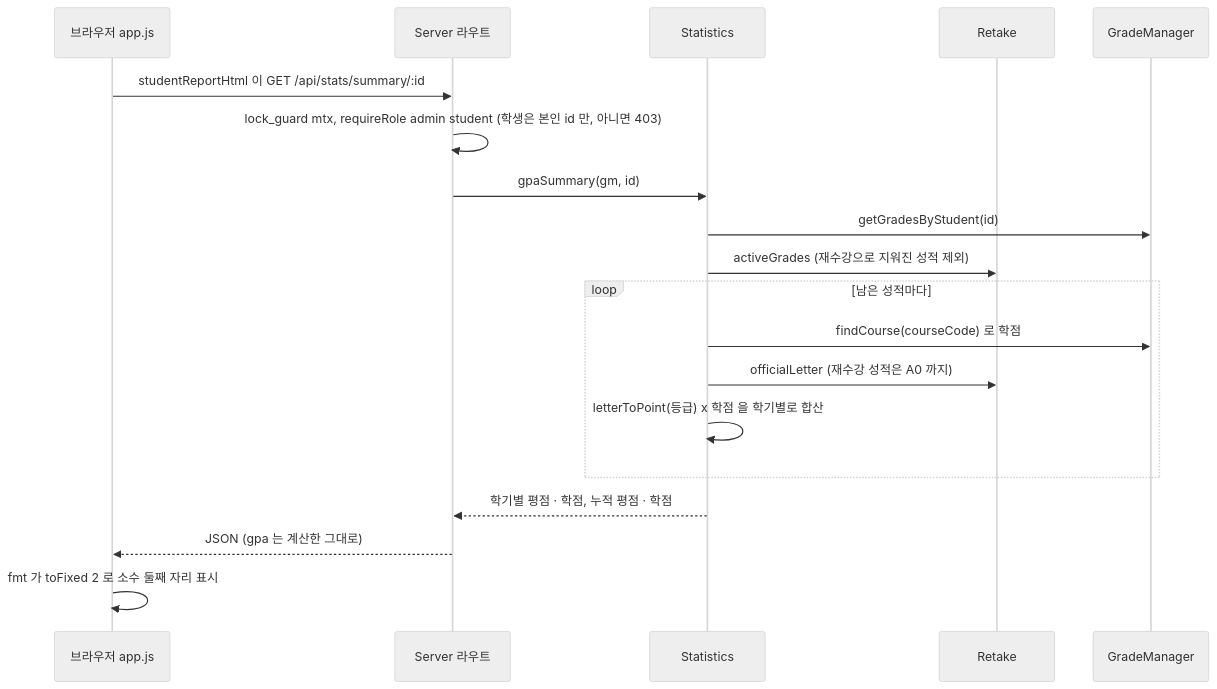
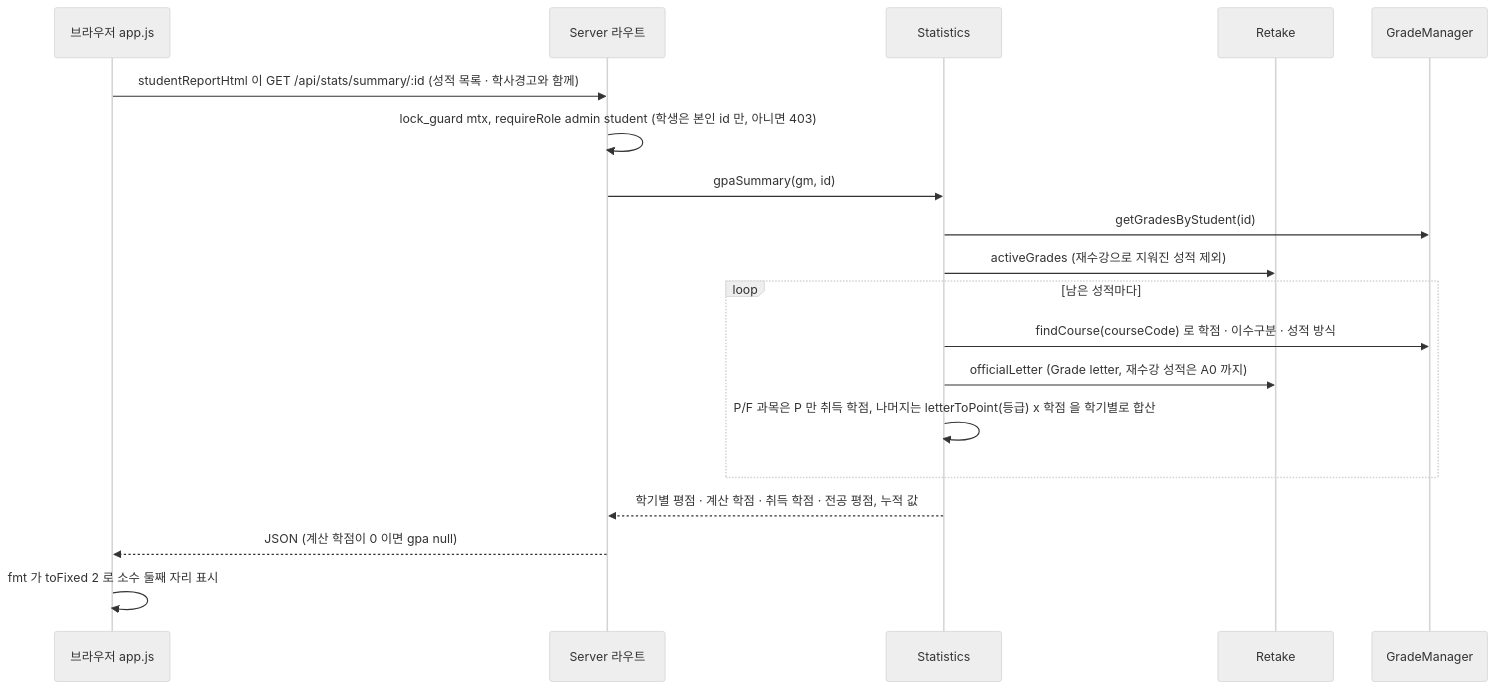
The fourth of 4 diagrams in docs/architecture.md (2026ENDPoinT/team01), drawn with Mermaid (neutral theme) before and after one commit. The commit also changed other lines of this file, not shown here.

````diff
--- a/docs/architecture.md
+++ b/docs/architecture.md
@@ -177,22 +201,22 @@
 ```mermaid
 sequenceDiagram
     participant B as 브라우저 app.js
     participant S as Server 라우트
     participant T as Statistics
     participant R as Retake
     participant G as GradeManager
 
-    B->>S: studentReportHtml 이 GET /api/stats/summary/:id
+    B->>S: studentReportHtml 이 GET /api/stats/summary/:id (성적 목록 · 학사경고와 함께)
     S->>S: lock_guard mtx, requireRole admin student (학생은 본인 id 만, 아니면 403)
     S->>T: gpaSummary(gm, id)
     T->>G: getGradesByStudent(id)
     T->>R: activeGrades (재수강으로 지워진 성적 제외)
     loop 남은 성적마다
-        T->>G: findCourse(courseCode) 로 학점
-        T->>R: officialLetter (재수강 성적은 A0 까지)
-        T->>T: letterToPoint(등급) x 학점 을 학기별로 합산
+        T->>G: findCourse(courseCode) 로 학점 · 이수구분 · 성적 방식
+        T->>R: officialLetter (Grade letter, 재수강 성적은 A0 까지)
+        T->>T: P/F 과목은 P 만 취득 학점, 나머지는 letterToPoint(등급) x 학점 을 학기별로 합산
     end
-    T-->>S: 학기별 평점 · 학점, 누적 평점 · 학점
-    S-->>B: JSON (gpa 는 계산한 그대로)
+    T-->>S: 학기별 평점 · 계산 학점 · 취득 학점 · 전공 평점, 누적 값
+    S-->>B: JSON (계산 학점이 0 이면 gpa null)
     B->>B: fmt 가 toFixed 2 로 소수 둘째 자리 표시
 ```
````
